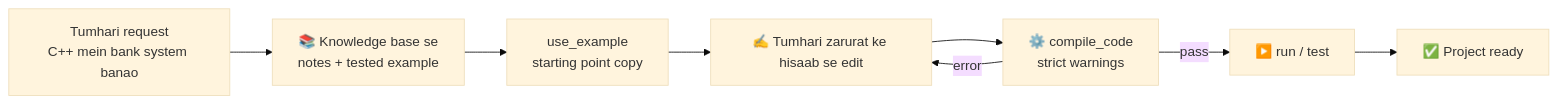
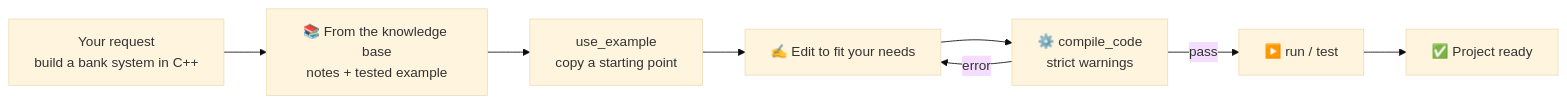
One commit to Ghanshyam787/Glacier changed the second of 2 diagrams in README.md. Above: the diagram before and after it, drawn with Mermaid (base theme). The commit also changed other lines of this file, not shown here.

````diff
--- a/README.md
+++ b/README.md
@@ -554,10 +553,10 @@
 ```mermaid
 flowchart LR
-    A[Tumhari request<br/>C++ mein bank system banao] --> B[📚 Knowledge base se<br/>notes + tested example]
-    B --> C[use_example<br/>starting point copy]
-    C --> D[✍️ Tumhari zarurat ke hisaab se edit]
+    A[Your request<br/>build a bank system in C++] --> B[📚 From the knowledge base<br/>notes + tested example]
+    B --> C[use_example<br/>copy a starting point]
+    C --> D[✍️ Edit to fit your needs]
     D --> E[⚙️ compile_code<br/>strict warnings]
     E -- error --> D
     E -- pass --> F[▶️ run / test]
     F --> G[✅ Project ready]
 ```
````
